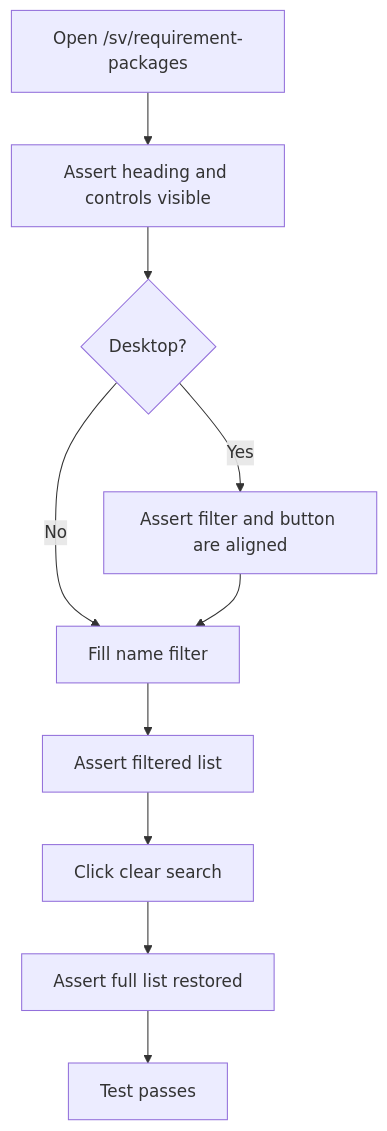
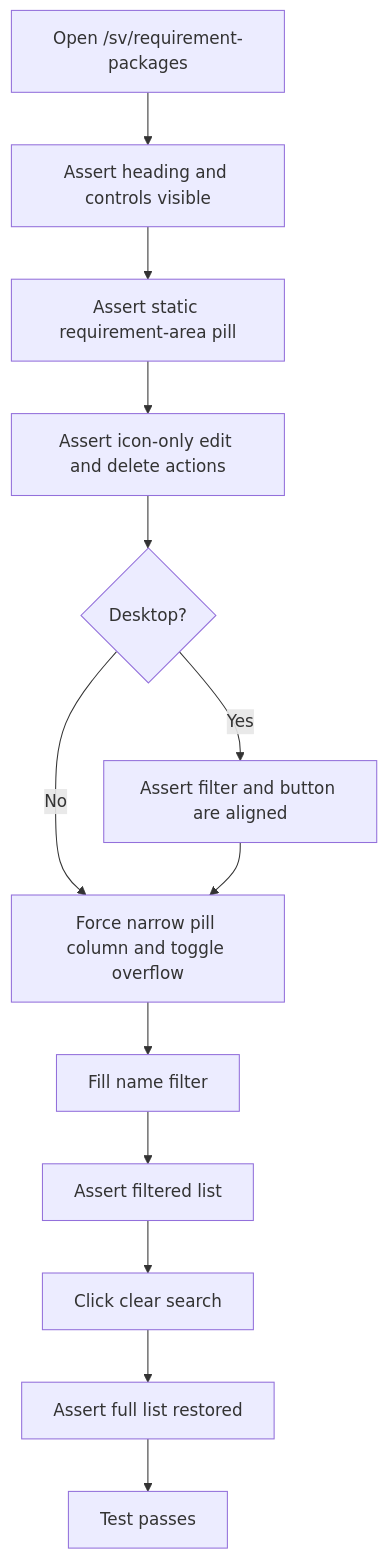
The first of 3 diagrams in tests/integration/requirement-packages-list.md (viscalyx/Kravhantering), drawn with Mermaid before and after one commit. The commit also changed other lines of this file and 14 other files, not shown here.

````diff
--- a/tests/integration/requirement-packages-list.md
+++ b/tests/integration/requirement-packages-list.md
@@ -13,12 +15,15 @@
 ```mermaid
 flowchart TD
     A[Open /sv/requirement-packages] --> B[Assert heading and controls visible]
-    B --> C{Desktop?}
+    B --> B1[Assert static requirement-area pill]
+    B1 --> B2[Assert icon-only edit and delete actions]
+    B2 --> C{Desktop?}
     C -- Yes --> D[Assert filter and button are aligned]
-    C -- No --> E[Fill name filter]
-    D --> E
+    C -- No --> B3[Force narrow pill column and toggle overflow]
+    D --> B3
+    B3 --> E[Fill name filter]
     E --> F[Assert filtered list]
     F --> G[Click clear search]
     G --> H[Assert full list restored]
     H --> I[Test passes]
 ```
````
